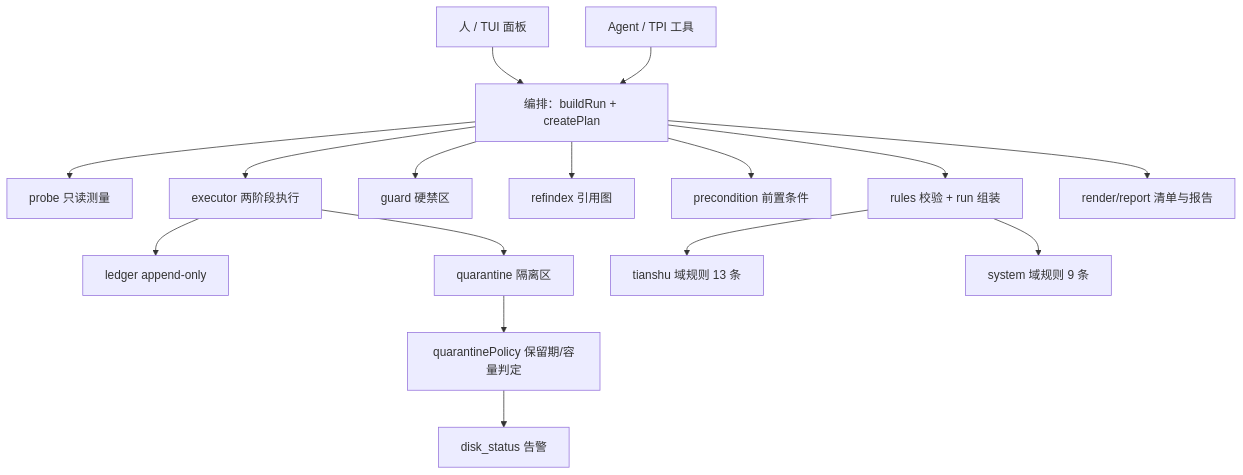
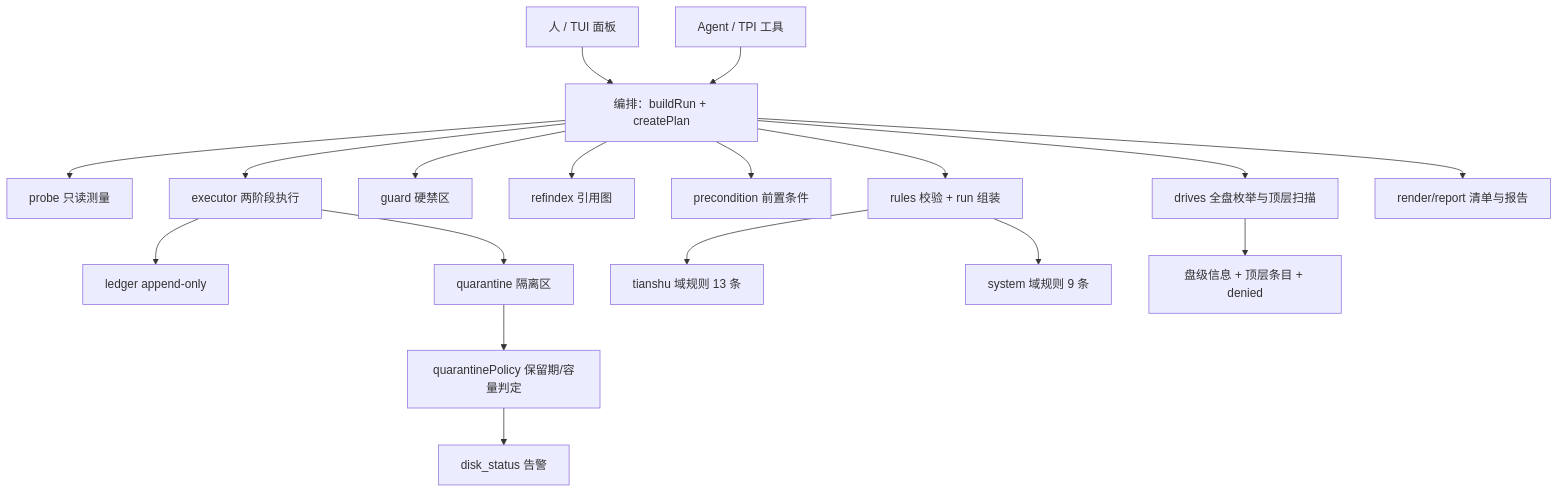
One commit to sky-mirrors/TianShu-Februus changed the diagram in disk-steward/README.md. Above: the diagram before and after it, drawn with Mermaid. The commit also changed other lines of this file, not shown here.

````diff
--- a/disk-steward/README.md
+++ b/disk-steward/README.md
@@ -95,18 +139,20 @@
 ```mermaid
 flowchart TD
   U[人 / TUI 面板] --> O[编排：buildRun + createPlan]
   A[Agent / TPI 工具] --> O
   O --> P[probe 只读测量]
   O --> R[rules 校验 + run 组装]
   O --> G[guard 硬禁区]
   O --> I[refindex 引用图]
   O --> PC[precondition 前置条件]
+  O --> DR[drives 全盘枚举与顶层扫描]
   O --> E[executor 两阶段执行]
   E --> L[ledger append-only]
   E --> Q[quarantine 隔离区]
   Q --> POL[quarantinePolicy 保留期/容量判定]
   POL --> ST[disk_status 告警]
   R --> D1[tianshu 域规则 13 条]
   R --> D2[system 域规则 9 条]
+  DR --> D3[盘级信息 + 顶层条目 + denied]
   O --> RP[render/report 清单与报告]
 ```
````
